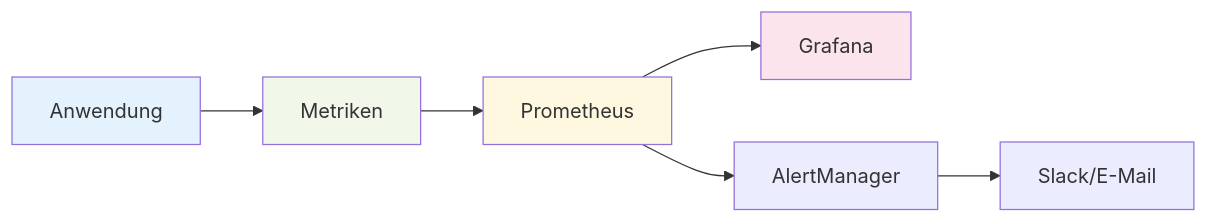
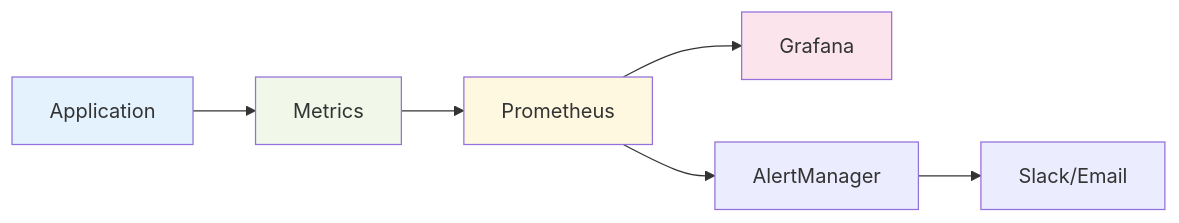
One commit to AqtraPlatform/Docs changed the third of 3 diagrams in docs/de/architecture.md. Above: the diagram before and after it, drawn with Mermaid. The commit also changed other lines of this file and 1326 other files, not shown here.

````diff
--- a/docs/de/architecture.md
+++ b/docs/de/architecture.md
@@ -104,13 +104,13 @@
 ```mermaid
 graph LR
-    A[Anwendung] --> B[Metriken]
+    A[Application] --> B[Metrics]
     B --> C[Prometheus]
     C --> D[Grafana]
     C --> E[AlertManager]
-    E --> F[Slack/E-Mail]
+    E --> F[Slack/Email]
 
     style A fill:#e3f2fd
     style B fill:#f1f8e9
     style C fill:#fff8e1
     style D fill:#fce4ec
 ```
````
